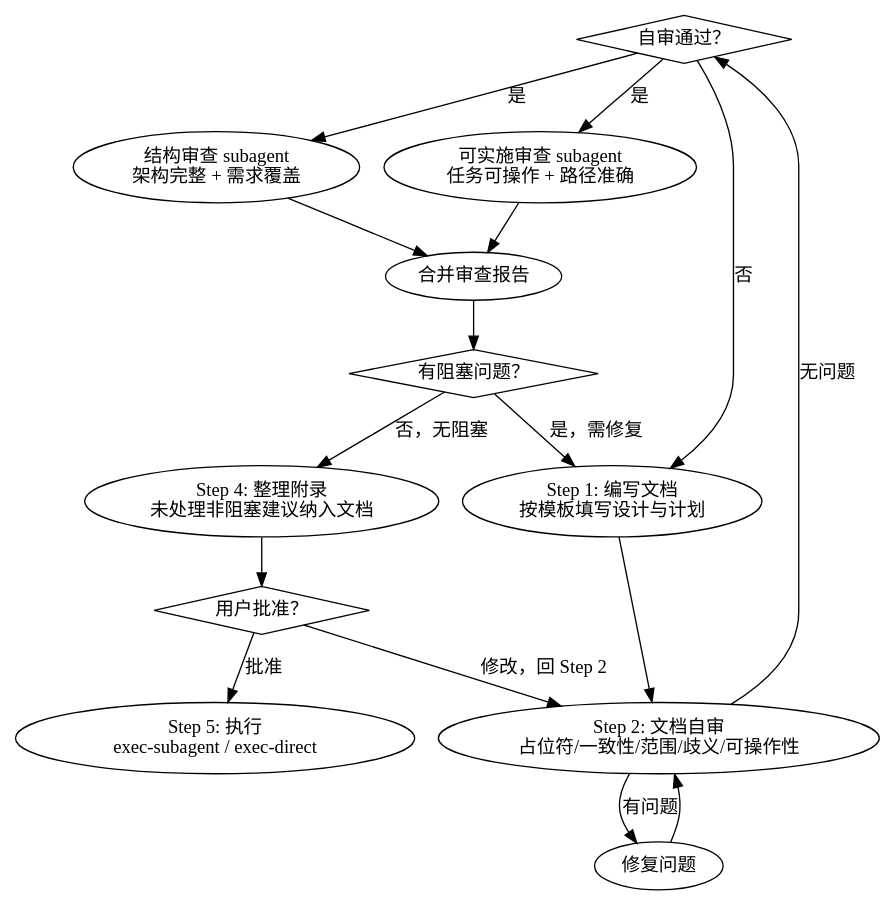
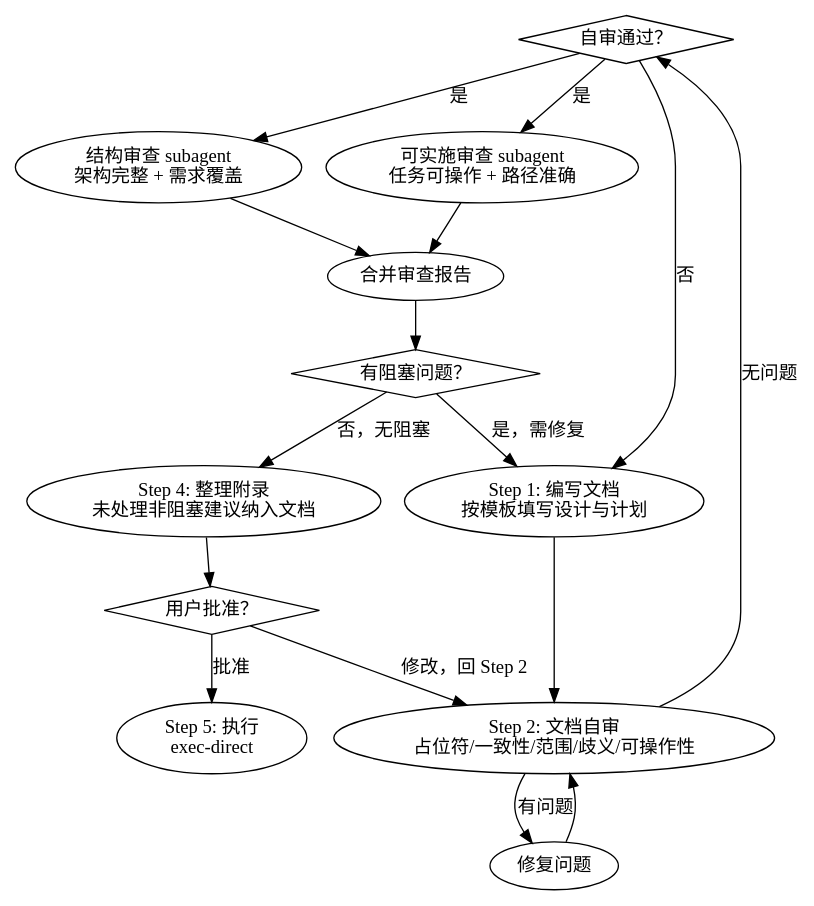
One commit to brightmeows/dotfiles changed the diagram in dot_agents_meow/skills/brainstorming-blueprint/SKILL.md. Above: the diagram before and after it, drawn with Graphviz. The commit also changed other lines of this file and 9 other files, not shown here.

First line of the commit message:
refactor: remove exec-subagent skill and related subagent definitions

````diff
--- a/dot_agents_meow/skills/brainstorming-blueprint/SKILL.md
+++ b/dot_agents_meow/skills/brainstorming-blueprint/SKILL.md
@@ -16,32 +16,32 @@
 ```dot
 digraph blueprint {
     ok    [shape=diamond, label="自审通过？"];
     block [shape=diamond, label="有阻塞问题？"];
     user  [shape=diamond, label="用户批准？"];
 
     write [label="Step 1: 编写文档\n按模板填写设计与计划"];
     self  [label="Step 2: 文档自审\n占位符/一致性/范围/歧义/可操作性"];
     fix   [label="修复问题"];
     sr    [label="结构审查 subagent\n架构完整 + 需求覆盖"];
     rr    [label="可实施审查 subagent\n任务可操作 + 路径准确"];
     merge [label="合并审查报告"];
     apdx  [label="Step 4: 整理附录\n未处理非阻塞建议纳入文档"];
-    exec  [label="Step 5: 执行\nexec-subagent / exec-direct"];
+    exec  [label="Step 5: 执行\nexec-direct"];
 
     write -> self;
     self  -> fix  [label="有问题"];
     self  -> ok   [label="无问题"];
     fix   -> self;
     ok    -> write [label="否"];
     ok    -> sr    [label="是"];
     ok    -> rr    [label="是"];
     sr    -> merge;
     rr    -> merge;
     merge -> block;
     block -> write [label="是，需修复"];
     block -> apdx [label="否，无阻塞"];
     apdx  -> user;
     user  -> self [label="修改，回 Step 2"];
     user  -> exec  [label="批准"];
 }
 ```
````
